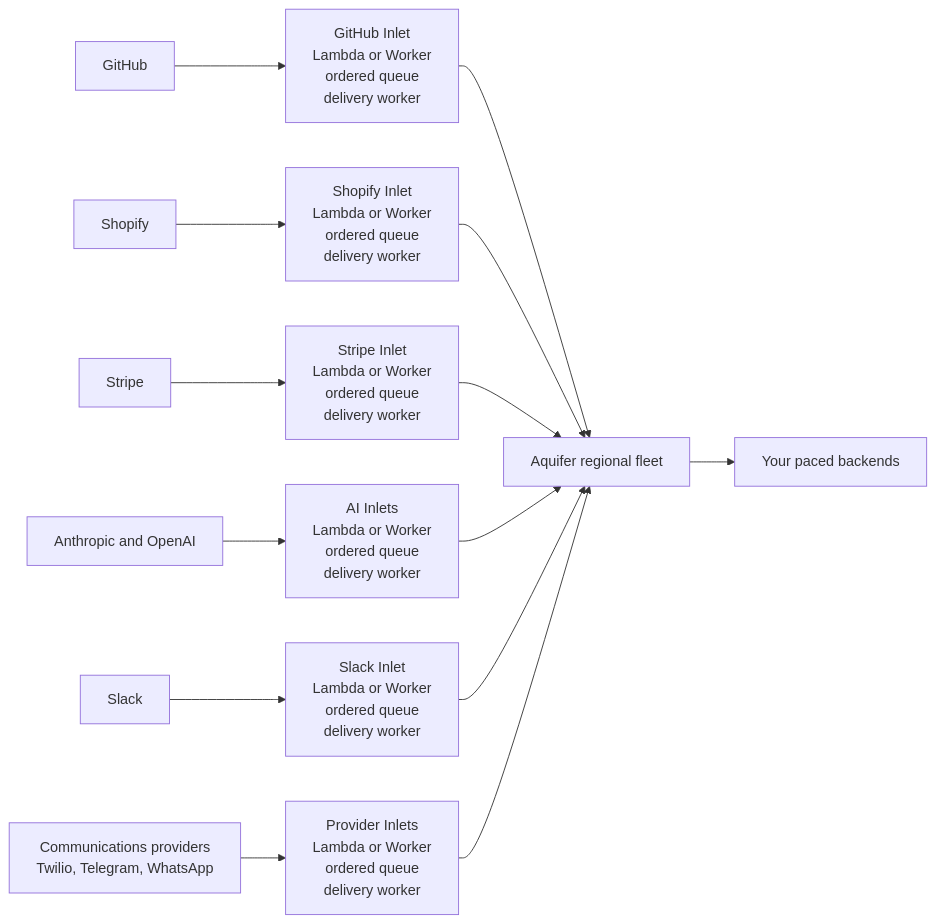
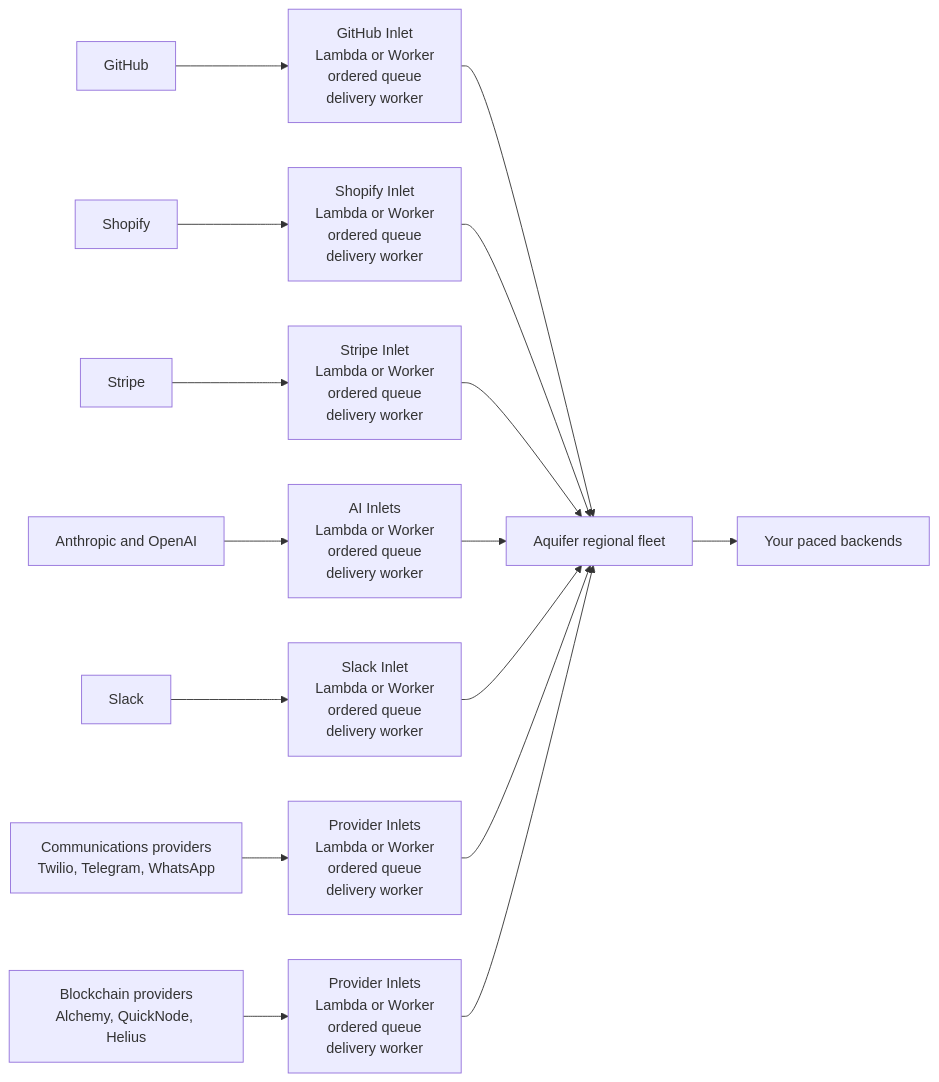
The diagram in README.md (rjpruitt16/inlet), drawn with Mermaid before and after one commit. The commit also changed other lines of this file and 9 other files, not shown here.

Commit message:
Add blockchain webhook providers

````diff
--- a/README.md
+++ b/README.md
@@ -27,17 +30,19 @@
 ```mermaid
 flowchart LR
     GH[GitHub] --> GHI[GitHub Inlet<br/>Lambda or Worker<br/>ordered queue<br/>delivery worker]
     SH[Shopify] --> SHI[Shopify Inlet<br/>Lambda or Worker<br/>ordered queue<br/>delivery worker]
     ST[Stripe] --> STI[Stripe Inlet<br/>Lambda or Worker<br/>ordered queue<br/>delivery worker]
     AI[Anthropic and OpenAI] --> AII[AI Inlets<br/>Lambda or Worker<br/>ordered queue<br/>delivery worker]
     SL[Slack] --> SLI[Slack Inlet<br/>Lambda or Worker<br/>ordered queue<br/>delivery worker]
     CO[Communications providers<br/>Twilio, Telegram, WhatsApp] --> COI[Provider Inlets<br/>Lambda or Worker<br/>ordered queue<br/>delivery worker]
+    BC[Blockchain providers<br/>Alchemy, QuickNode, Helius] --> BCI[Provider Inlets<br/>Lambda or Worker<br/>ordered queue<br/>delivery worker]
 
     GHI --> AQ[Aquifer regional fleet]
     SHI --> AQ
     STI --> AQ
     AII --> AQ
     SLI --> AQ
     COI --> AQ
+    BCI --> AQ
     AQ --> BE[Your paced backends]
 ```
````
